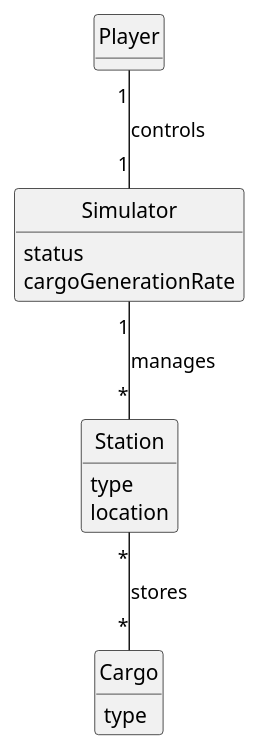
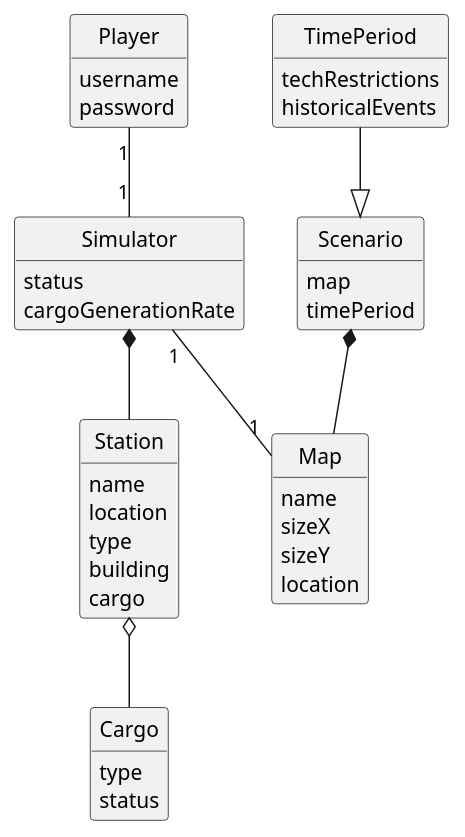
One commit to goncalolopesp/sem2-pi-24.25-g093-repo changed the diagram in docs/system-documentation/US012/02.analysis/puml/US012-DM.puml. Above: the diagram before and after it, drawn with PlantUML. The commit also changed 4 other files, not shown here.

```diff
--- a/docs/system-documentation/US012/02.analysis/puml/US012-DM.puml
+++ b/docs/system-documentation/US012/02.analysis/puml/US012-DM.puml
@@ -1,31 +1,62 @@
 @startuml
 skinparam monochrome true
 skinparam packageStyle rectangle
 skinparam shadowing false
 skinparam classAttributeIconSize 0
 
 hide circle
 hide methods
 
 class Player {
+    username
+    password
+    + buyTrain(carriage: Carriage, locomotive: Locomotive)
+}
+
+class Map {
+     name
+     sizeX
+     sizeY
+     location
+}
+
+class Scenario {
+    map
+    timePeriod
+}
+
+class TimePeriod {
+    techRestrictions
+    historicalEvents
 }
 
 class Simulator {
     status
     cargoGenerationRate
 }
 
-class Station {
+class Cargo{
     type
-    location
+    status
 }
 
-class Cargo {
+class Station {
+    name
+    location
     type
+    building
+    cargo
 }
 
-Player "1" -- "1" Simulator : controls
-Simulator "1" -- "*" Station : manages
-Station "*" -- "*" Cargo : stores
+Simulator *-- Station
+Station o-- Cargo
+
+TimePeriod --|> Scenario
+
+Scenario *-- Map
+
+Player "1" -- "1" Simulator
+Simulator "1" -- "1" Map
+
 
 @enduml
```
